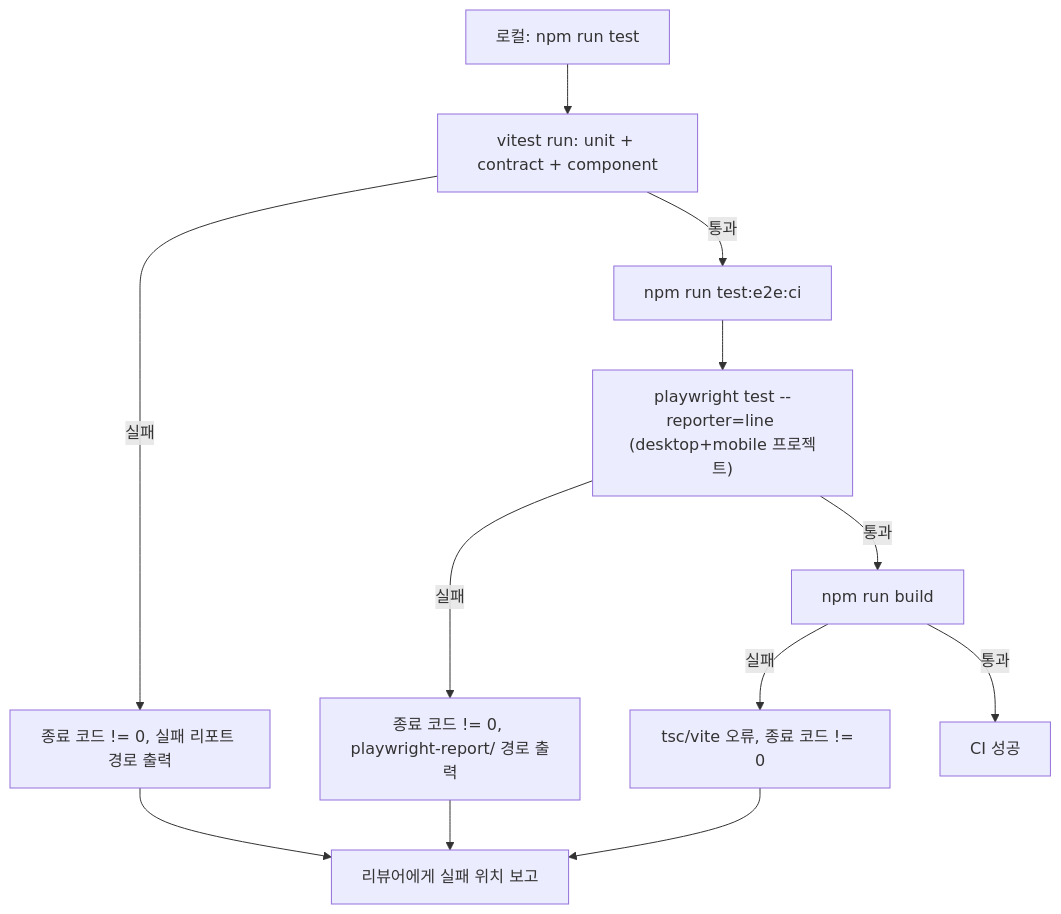
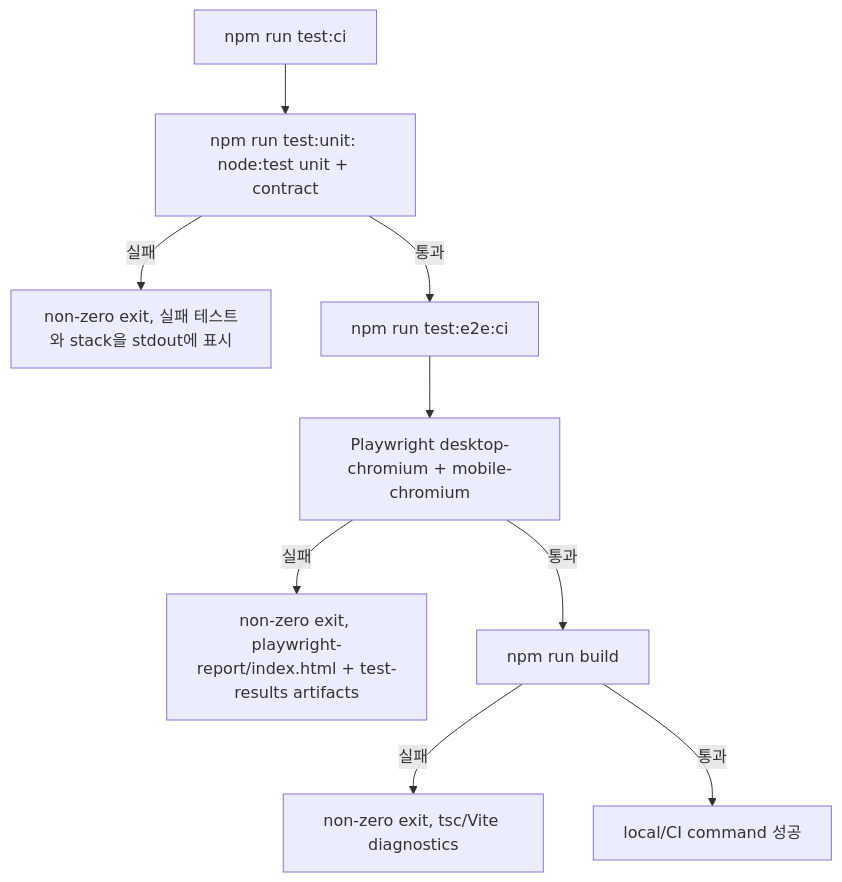
One commit to donghyunlee-dev/ai-agent-blueprint changed the diagram in docs/tasks/FND-PR-03/plan.md. Above: the diagram before and after it, drawn with Mermaid. The commit also changed other lines of this file and 4 other files, not shown here.

````diff
--- a/docs/tasks/FND-PR-03/plan.md
+++ b/docs/tasks/FND-PR-03/plan.md
@@ -59,14 +67,11 @@
-```mermaid
+~~~mermaid
 flowchart TD
-    A[로컬: npm run test] --> B[vitest run: unit + contract + component]
-    B -->|실패| B1[종료 코드 != 0, 실패 리포트 경로 출력]
+    A[npm run test:ci] --> B[npm run test:unit: node:test unit + contract]
+    B -->|실패| B1[non-zero exit, 실패 테스트와 stack을 stdout에 표시]
     B -->|통과| C[npm run test:e2e:ci]
-    C --> D["playwright test --reporter=line (desktop+mobile 프로젝트)"]
-    D -->|실패| D1[종료 코드 != 0, playwright-report/ 경로 출력]
+    C --> D[Playwright desktop-chromium + mobile-chromium]
+    D -->|실패| D1[non-zero exit, playwright-report/index.html + test-results artifacts]
     D -->|통과| E[npm run build]
-    E -->|실패| E1[tsc/vite 오류, 종료 코드 != 0]
-    E -->|통과| F[CI 성공]
-    B1 --> G[리뷰어에게 실패 위치 보고]
-    D1 --> G
-    E1 --> G
-```
+    E -->|실패| E1[non-zero exit, tsc/Vite diagnostics]
+    E -->|통과| F[local/CI command 성공]
+~~~
````
